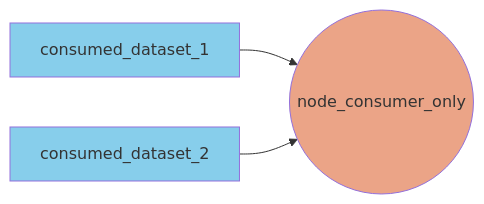
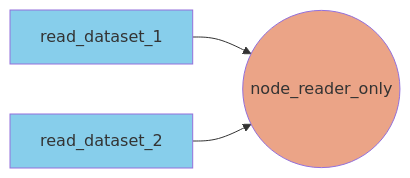
The second of 3 diagrams in docs/developer_guide/node_implementation.md (aineko-dev/aineko), drawn with Mermaid before and after one commit. The commit also changed other lines of this file and 33 other files, not shown here.

````diff
--- a/docs/developer_guide/node_implementation.md
+++ b/docs/developer_guide/node_implementation.md
@@ -125,7 +125,7 @@
         ```mermaid
         flowchart LR
         classDef datasetClass fill:#87CEEB
         classDef nodeClass fill:#eba487
-        T_consumed_dataset_1[consumed_dataset_1]:::datasetClass -->  N_node_consumer_only((node_consumer_only)):::nodeClass
-        T_consumed_dataset_2[consumed_dataset_2]:::datasetClass -->  N_node_consumer_only((node_consumer_only)):::nodeClass
+        T_read_dataset_1[read_dataset_1]:::datasetClass -->  N_node_consumer_only((node_reader_only)):::nodeClass
+        T_consumed_dataset_2[read_dataset_2]:::datasetClass -->  N_node_consumer_only((node_reader_only)):::nodeClass
         ```
````
